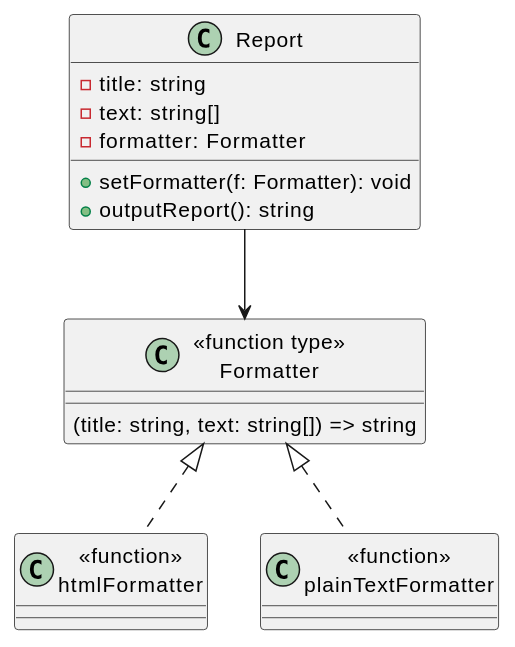
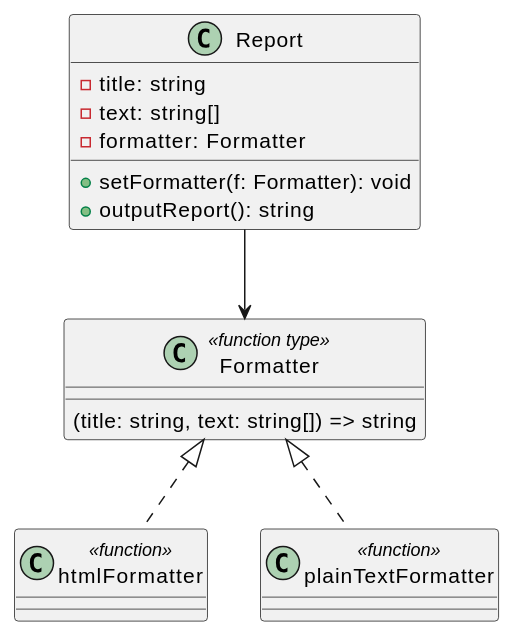
One commit to k2works/getting-started-design-pattern changed the diagram in docs/article/typescript/05-strategy.md. Above: the diagram before and after it, drawn with PlantUML. The commit also changed 73 other files, not shown here.

Commit message:
docs(article): PlantUML 表記と記事ナビゲーションを整理

````diff
--- a/docs/article/typescript/05-strategy.md
+++ b/docs/article/typescript/05-strategy.md
@@ -9,22 +9,22 @@
 ```plantuml
 @startuml
 class Report {
   - title: string
   - text: string[]
   - formatter: Formatter
   + setFormatter(f: Formatter): void
   + outputReport(): string
 }
 
-class "<<function type>>\nFormatter" as Formatter {
+class "Formatter" as Formatter <<function type>> {
   (title: string, text: string[]) => string
 }
 
-class "<<function>>\nhtmlFormatter" as HF
-class "<<function>>\nplainTextFormatter" as PF
+class "htmlFormatter" as HF <<function>>
+class "plainTextFormatter" as PF <<function>>
 
 Report --> Formatter
 Formatter <|.. HF
 Formatter <|.. PF
 @enduml
 ```
````
